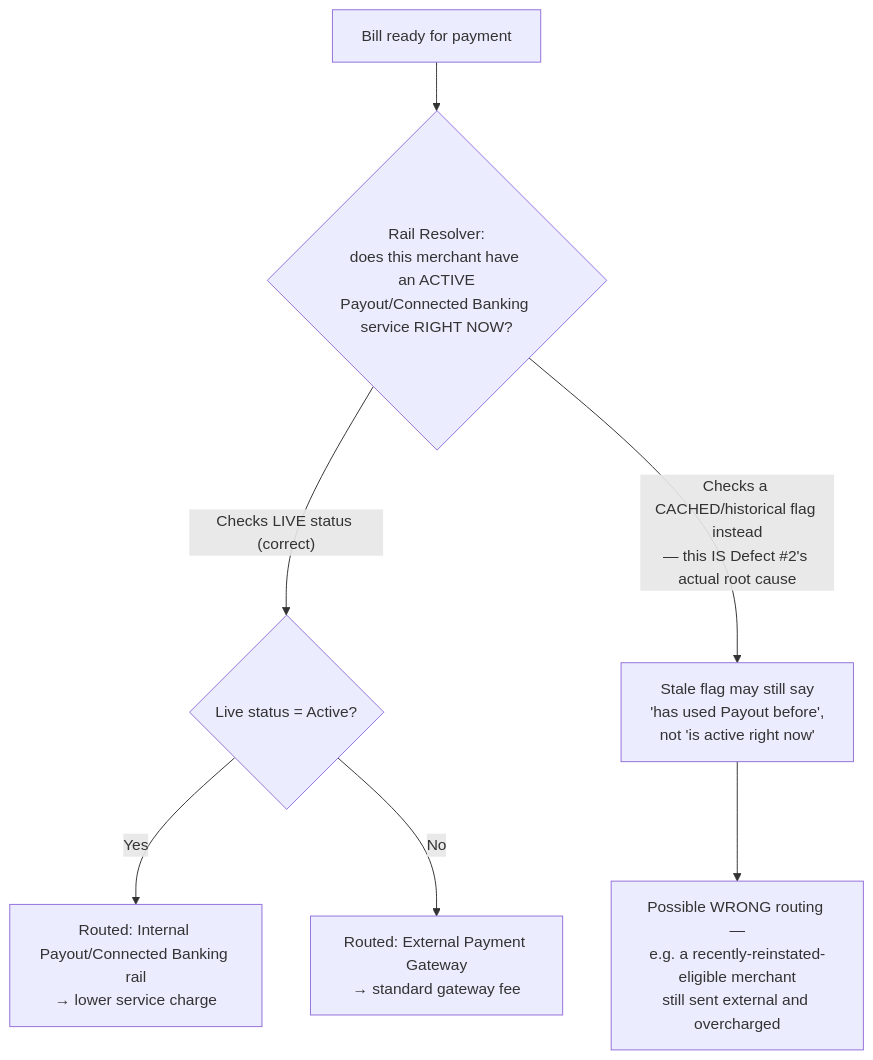
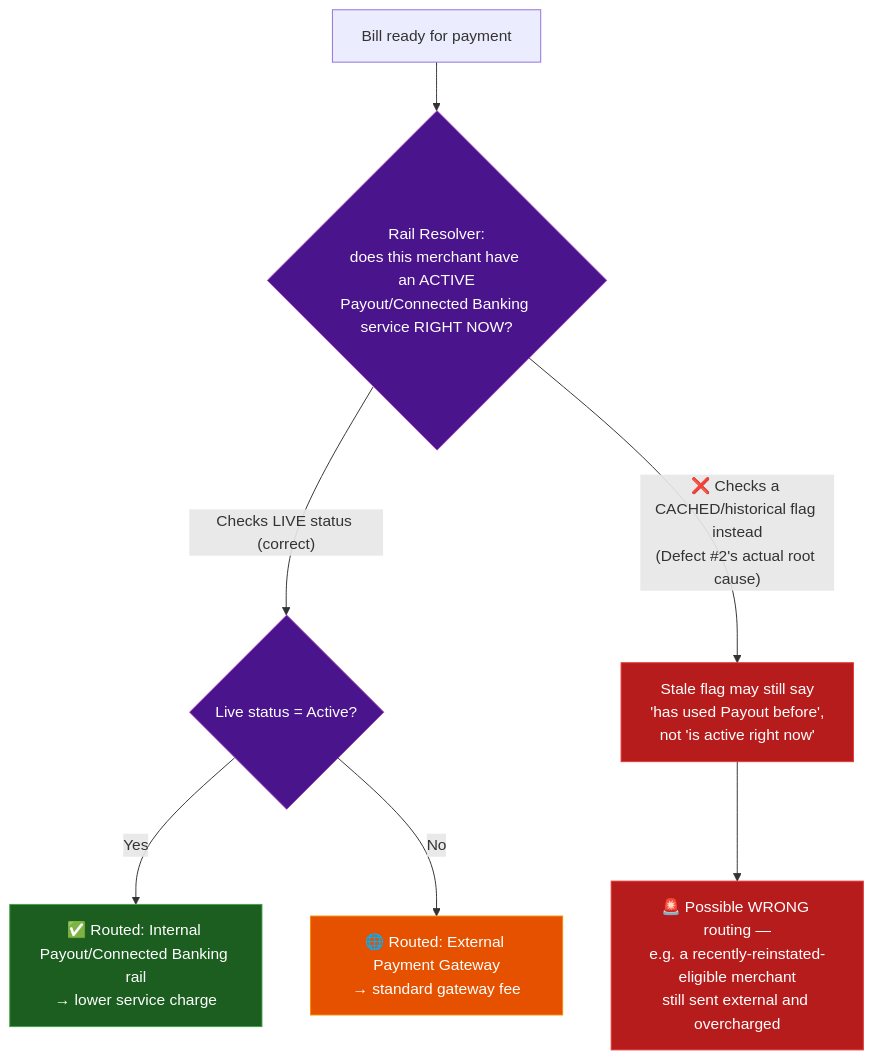
Before and after one commit to ghanendra-sdet/bbps-bill-payment-platform: the third of 5 diagrams in docs/architecture-and-flow.md, drawn with Mermaid. The commit also changed other lines of this file, not shown here.

Commit message:
docs: enrich architecture diagrams, remove stale cross-document references

````diff
--- a/docs/architecture-and-flow.md
+++ b/docs/architecture-and-flow.md
@@ -86,9 +100,19 @@
 ```mermaid
 flowchart TD
     Start["Bill ready for payment"] --> Check{"Rail Resolver:<br/>does this merchant have an ACTIVE<br/>Payout/Connected Banking service RIGHT NOW?"}
     Check -->|"Checks LIVE status (correct)"| LiveCheck{"Live status = Active?"}
-    Check -->|"Checks a CACHED/historical flag instead<br/>— this IS Defect #2's actual root cause"| StaleCheck["Stale flag may still say<br/>'has used Payout before',<br/>not 'is active right now'"]
-    LiveCheck -->|Yes| Internal["Routed: Internal Payout/Connected Banking rail<br/>→ lower service charge"]
-    LiveCheck -->|No| External["Routed: External Payment Gateway<br/>→ standard gateway fee"]
-    StaleCheck --> WrongRoute["Possible WRONG routing —<br/>e.g. a recently-reinstated-eligible merchant<br/>still sent external and overcharged"]
+    Check -->|"❌ Checks a CACHED/historical flag instead<br/>(Defect #2's actual root cause)"| StaleCheck["Stale flag may still say<br/>'has used Payout before',<br/>not 'is active right now'"]
+    LiveCheck -->|Yes| Internal["✅ Routed: Internal Payout/Connected Banking rail<br/>→ lower service charge"]
+    LiveCheck -->|No| External["🌐 Routed: External Payment Gateway<br/>→ standard gateway fee"]
+    StaleCheck --> WrongRoute["🚨 Possible WRONG routing —<br/>e.g. a recently-reinstated-eligible merchant<br/>still sent external and overcharged"]
+
+    classDef gate fill:#4a148c,color:#fff,stroke:#ab47bc,stroke-width:1px
+    classDef good fill:#1b5e20,color:#fff,stroke:#43a047,stroke-width:1px
+    classDef warn fill:#e65100,color:#fff,stroke:#fb8c00,stroke-width:1px
+    classDef bad fill:#b71c1c,color:#fff,stroke:#e53935,stroke-width:1px
+
+    class Check,LiveCheck gate
+    class Internal good
+    class External warn
+    class StaleCheck,WrongRoute bad
 ```
````
